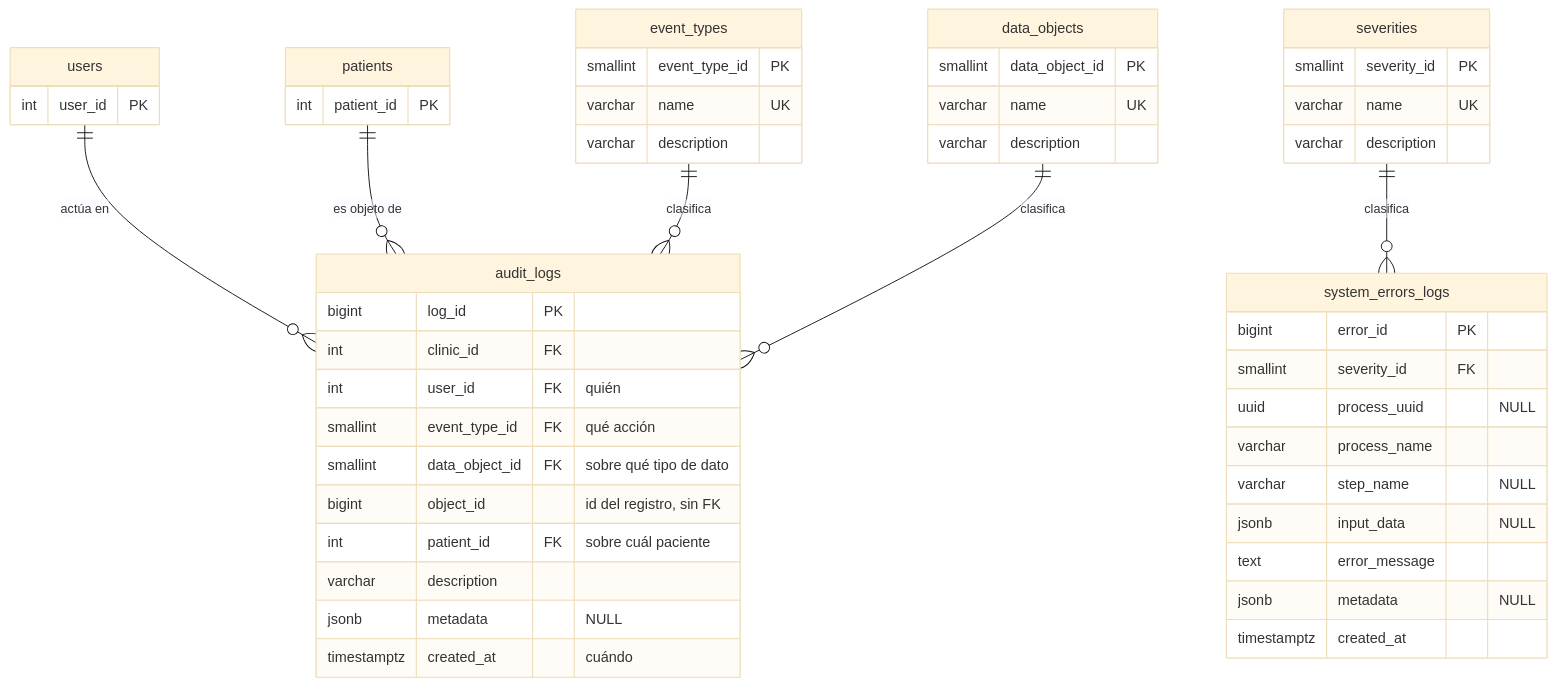
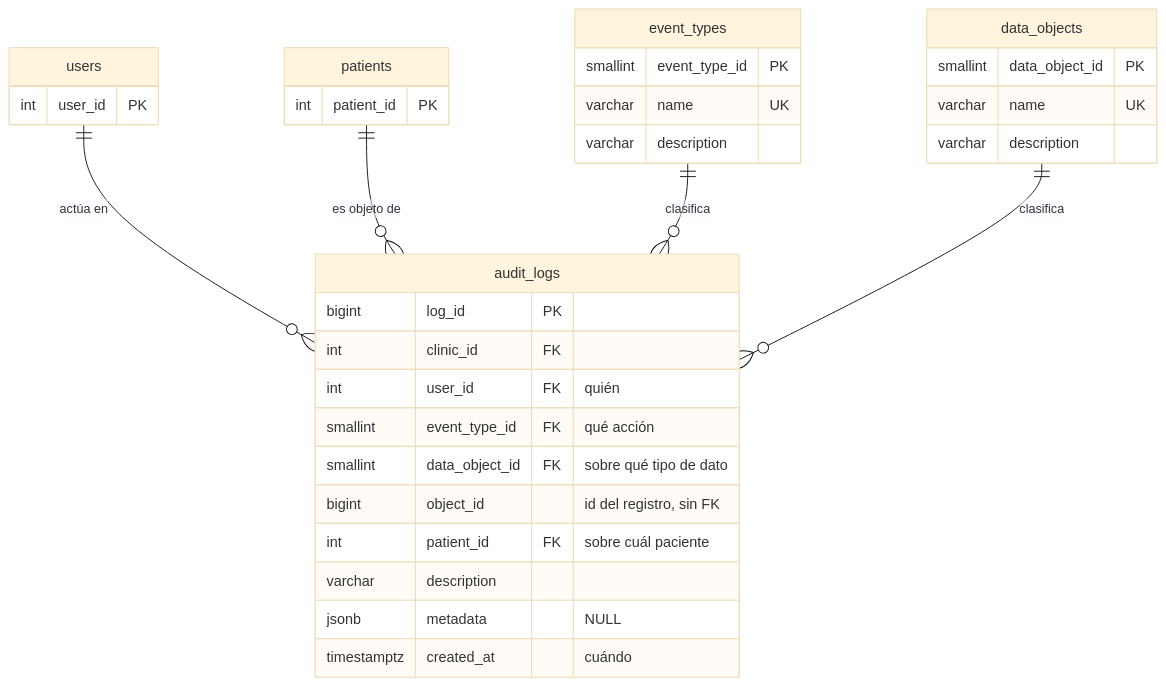
Before and after one commit to MechaBort/MediCitas: the sixth of 6 diagrams in docs/diagramas.md, drawn with Mermaid (base theme). The commit also changed other lines of this file and 9 other files, not shown here.

Commit message:
Arreglo en la base de datos con la eliminacion de las tablas de system_errors_logs y severities

````diff
--- a/docs/diagramas.md
+++ b/docs/diagramas.md
@@ -315,53 +314,36 @@
 ```mermaid
 erDiagram
     audit_logs {
         bigint log_id PK
         int clinic_id FK
         int user_id FK "quién"
         smallint event_type_id FK "qué acción"
         smallint data_object_id FK "sobre qué tipo de dato"
         bigint object_id "id del registro, sin FK"
         int patient_id FK "sobre cuál paciente"
         varchar description
         jsonb metadata "NULL"
         timestamptz created_at "cuándo"
     }
     event_types {
         smallint event_type_id PK
         varchar name UK
         varchar description
     }
     data_objects {
         smallint data_object_id PK
         varchar name UK
         varchar description
     }
-    system_errors_logs {
-        bigint error_id PK
-        smallint severity_id FK
-        uuid process_uuid "NULL"
-        varchar process_name
-        varchar step_name "NULL"
-        jsonb input_data "NULL"
-        text error_message
-        jsonb metadata "NULL"
-        timestamptz created_at
-    }
-    severities {
-        smallint severity_id PK
-        varchar name UK
-        varchar description
-    }
     users {
         int user_id PK
     }
     patients {
         int patient_id PK
     }
 
     users ||--o{ audit_logs : "actúa en"
     patients ||--o{ audit_logs : "es objeto de"
     event_types ||--o{ audit_logs : "clasifica"
     data_objects ||--o{ audit_logs : "clasifica"
-    severities ||--o{ system_errors_logs : "clasifica"
 ```
````
